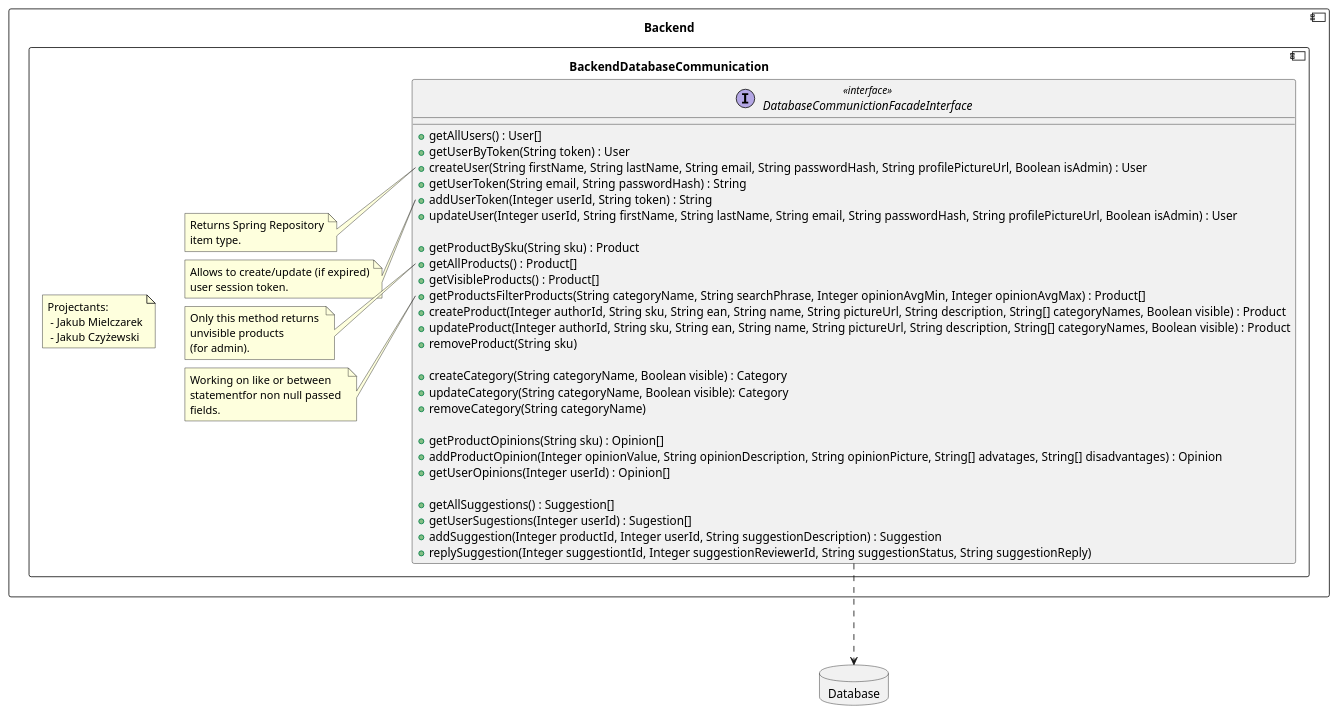
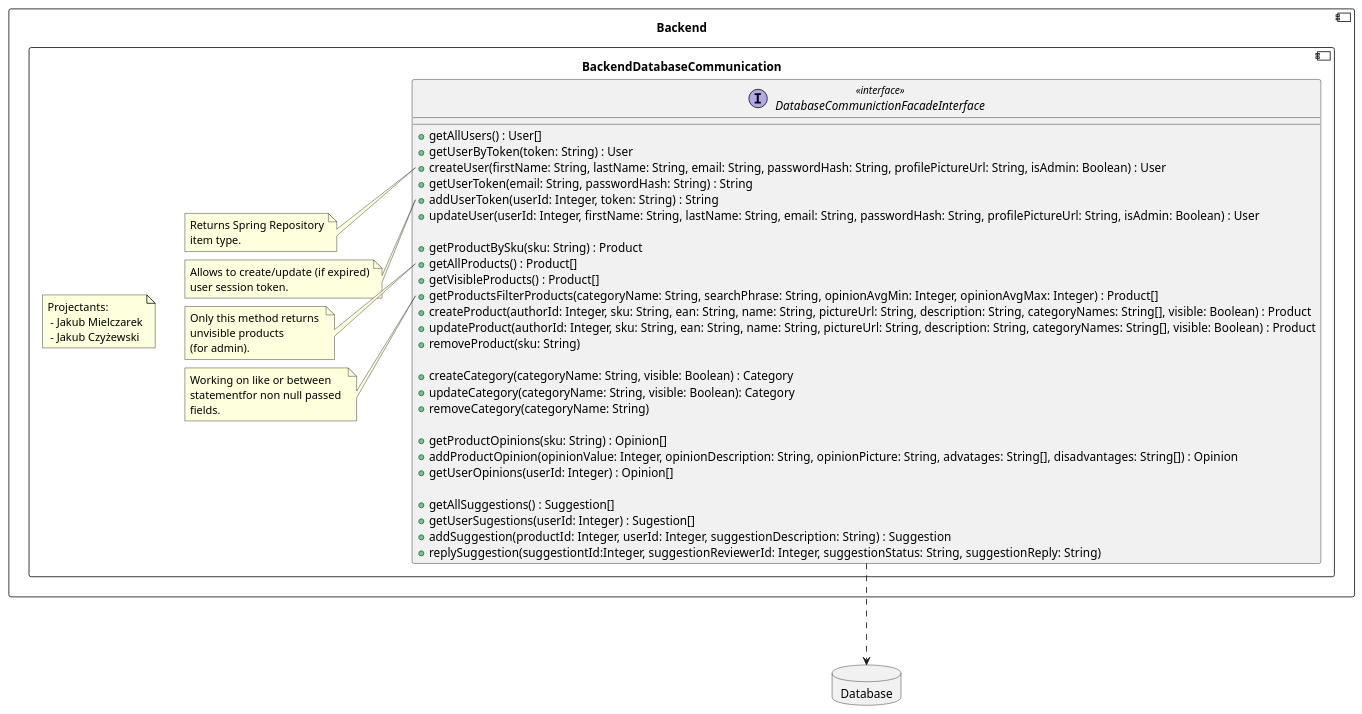
One commit to RadekBucki/OpinionCollectorArchitecture changed the diagram in backend/BackendDatabaseCommunication.md. Above: the diagram before and after it, drawn with PlantUML. The commit also changed 1 other file, not shown here.

Commit message:
Fix property notation

````diff
--- a/backend/BackendDatabaseCommunication.md
+++ b/backend/BackendDatabaseCommunication.md
@@ -3,69 +3,69 @@
 ```plantuml
 @startuml
 
 database Database {
 }
 component Backend {
     component BackendDatabaseCommunication {
         note as Authors
             Projectants: 
              - Jakub Mielczarek
              - Jakub Czyżewski
         endnote
         interface DatabaseCommunictionFacadeInterface <<interface>> {
             + getAllUsers() : User[]
-            + getUserByToken(String token) : User
-            + createUser(String firstName, String lastName, String email, String passwordHash, String profilePictureUrl, Boolean isAdmin) : User
-            + getUserToken(String email, String passwordHash) : String
-            + addUserToken(Integer userId, String token) : String
-            + updateUser(Integer userId, String firstName, String lastName, String email, String passwordHash, String profilePictureUrl, Boolean isAdmin) : User
+            + getUserByToken(token: String) : User
+            + createUser(firstName: String, lastName: String, email: String, passwordHash: String, profilePictureUrl: String, isAdmin: Boolean) : User
+            + getUserToken(email: String, passwordHash: String) : String
+            + addUserToken(userId: Integer, token: String) : String
+            + updateUser(userId: Integer, firstName: String, lastName: String, email: String, passwordHash: String, profilePictureUrl: String, isAdmin: Boolean) : User
         
-            + getProductBySku(String sku) : Product
+            + getProductBySku(sku: String) : Product
             + getAllProducts() : Product[]
             + getVisibleProducts() : Product[]
-            + getProductsFilterProducts(String categoryName, String searchPhrase, Integer opinionAvgMin, Integer opinionAvgMax) : Product[]
-            + createProduct(Integer authorId, String sku, String ean, String name, String pictureUrl, String description, String[] categoryNames, Boolean visible) : Product
-            + updateProduct(Integer authorId, String sku, String ean, String name, String pictureUrl, String description, String[] categoryNames, Boolean visible) : Product
-            + removeProduct(String sku)
+            + getProductsFilterProducts(categoryName: String, searchPhrase: String, opinionAvgMin: Integer, opinionAvgMax: Integer) : Product[]
+            + createProduct(authorId: Integer, sku: String, ean: String, name: String, pictureUrl: String, description: String, categoryNames: String[], visible: Boolean) : Product
+            + updateProduct(authorId: Integer, sku: String, ean: String, name: String, pictureUrl: String, description: String, categoryNames: String[], visible: Boolean) : Product
+            + removeProduct(sku: String)
 
-            + createCategory(String categoryName, Boolean visible) : Category
-            + updateCategory(String categoryName, Boolean visible): Category
-            + removeCategory(String categoryName)
+            + createCategory(categoryName: String, visible: Boolean) : Category
+            + updateCategory(categoryName: String, visible: Boolean): Category
+            + removeCategory(categoryName: String)
             
-            + getProductOpinions(String sku) : Opinion[]
-            + addProductOpinion(Integer opinionValue, String opinionDescription, String opinionPicture, String[] advatages, String[] disadvantages) : Opinion
-            + getUserOpinions(Integer userId) : Opinion[]
+            + getProductOpinions(sku: String) : Opinion[]
+            + addProductOpinion(opinionValue: Integer, opinionDescription: String, opinionPicture: String, advatages: String[], disadvantages: String[]) : Opinion
+            + getUserOpinions(userId: Integer) : Opinion[]
             
             + getAllSuggestions() : Suggestion[]
-            + getUserSugestions(Integer userId) : Sugestion[]
-            + addSuggestion(Integer productId, Integer userId, String suggestionDescription) : Suggestion
-            + replySuggestion(Integer suggestiontId, Integer suggestionReviewerId, String suggestionStatus, String suggestionReply)
+            + getUserSugestions(userId: Integer) : Sugestion[]
+            + addSuggestion(productId: Integer, userId: Integer, suggestionDescription: String) : Suggestion
+            + replySuggestion(suggestiontId:Integer, suggestionReviewerId: Integer, suggestionStatus: String, suggestionReply: String)
         }
         note left of DatabaseCommunictionFacadeInterface::createUser
             Returns Spring Repository
             item type.
         endnote
         
         note left of DatabaseCommunictionFacadeInterface::addUserToken
             Allows to create/update (if expired)
             user session token.
         endnote
         
         note left of DatabaseCommunictionFacadeInterface::getAllProducts
             Only this method returns 
             unvisible products
             (for admin).
         endnote
         
         note left of DatabaseCommunictionFacadeInterface::getProductsFilterProducts
             Working on like or between 
             statementfor non null passed 
             fields.
         endnote
     }
 }
 
 DatabaseCommunictionFacadeInterface ...> Database
 
 @enduml 
 ```
````
